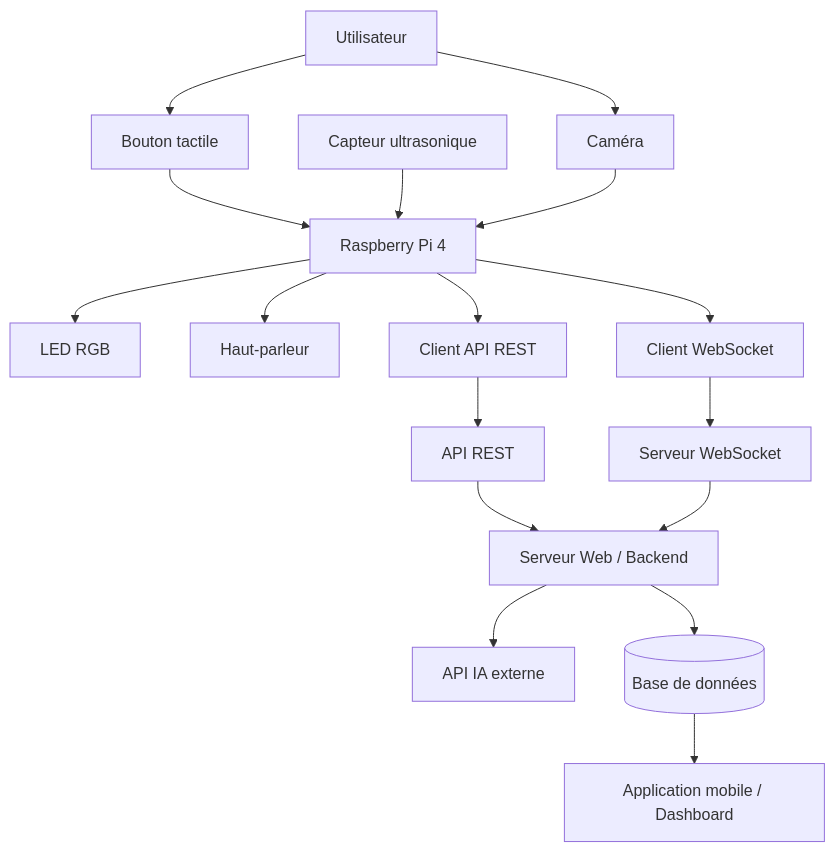
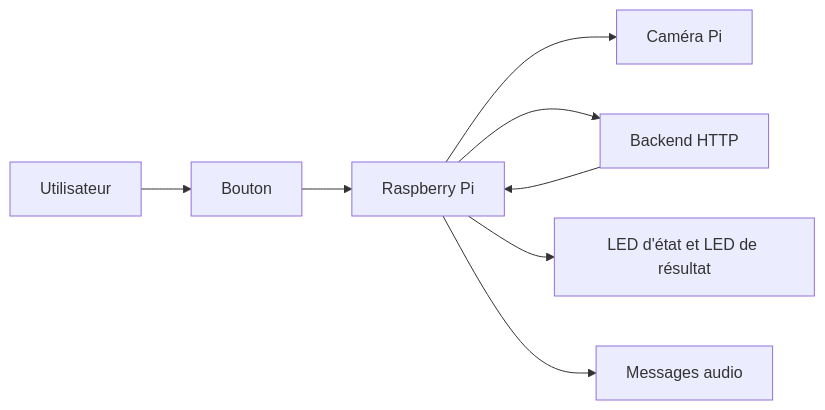
The diagram in README.md (Andylamothe/Tricolo_IoT), drawn with Mermaid before and after one commit. The commit also changed other lines of this file, not shown here.

````diff
--- a/README.md
+++ b/README.md
@@ -109,52 +40,10 @@
 ```mermaid
-graph TD
-    User[Utilisateur]
-
-    Button[Bouton tactile]
-    Ultrasonic[Capteur ultrasonique]
-    Camera[Caméra]
-
-    Pi[Raspberry Pi 4]
-    LED[LED RGB]
-    Speaker[Haut-parleur]
-    WSClient[Client WebSocket]
-    RESTClient[Client API REST]
-
-    Server[Serveur Web / Backend]
-    API[API REST]
-    WS[Serveur WebSocket]
-    AI[API IA externe]
-    DB[(Base de données)]
-
-    Mobile[Application mobile / Dashboard]
-
-    %% Interaction utilisateur
-    User --> Button
-    User --> Camera
-
-    %% Capteurs vers Pi
-    Button --> Pi
-    Ultrasonic --> Pi
-    Camera --> Pi
-
-    %% Modules Pi
-    Pi --> LED
-    Pi --> Speaker
-    Pi --> WSClient
-    Pi --> RESTClient
-
-    %% Communication réseau
-    RESTClient --> API
-    WSClient --> WS
-
-    %% Backend logique
-    API --> Server
-    WS --> Server
-    Server --> AI
-    Server --> DB
-
-    %% Visualisation
-    DB --> Mobile
-
-
+flowchart LR
+    U[Utilisateur] --> B[Bouton]
+    B --> RPI[Raspberry Pi]
+    RPI --> CAM[Caméra Pi]
+    RPI --> API[Backend HTTP]
+    API --> RPI
+    RPI --> LEDS[LED d'état et LED de résultat]
+    RPI --> AUDIO[Messages audio]
 ```
````
